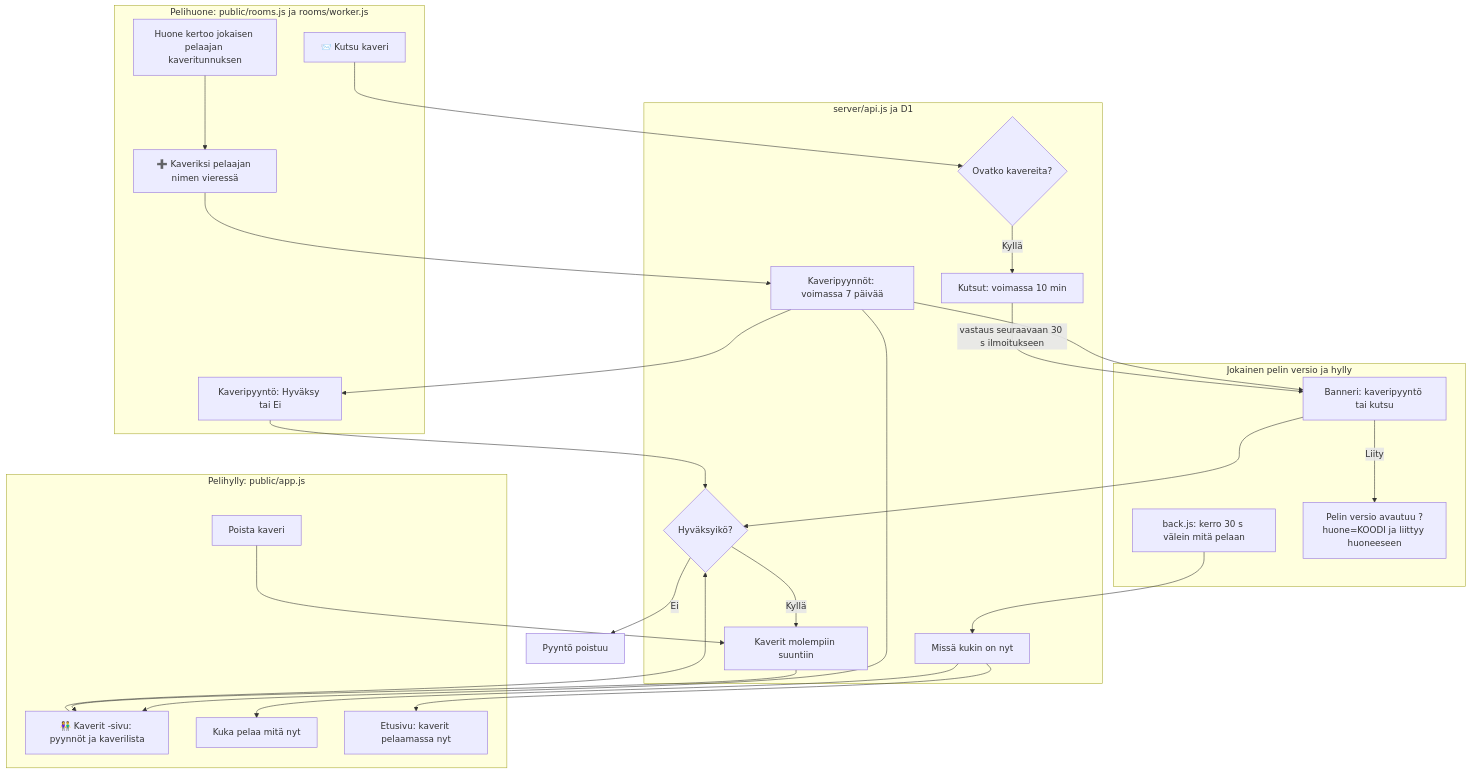
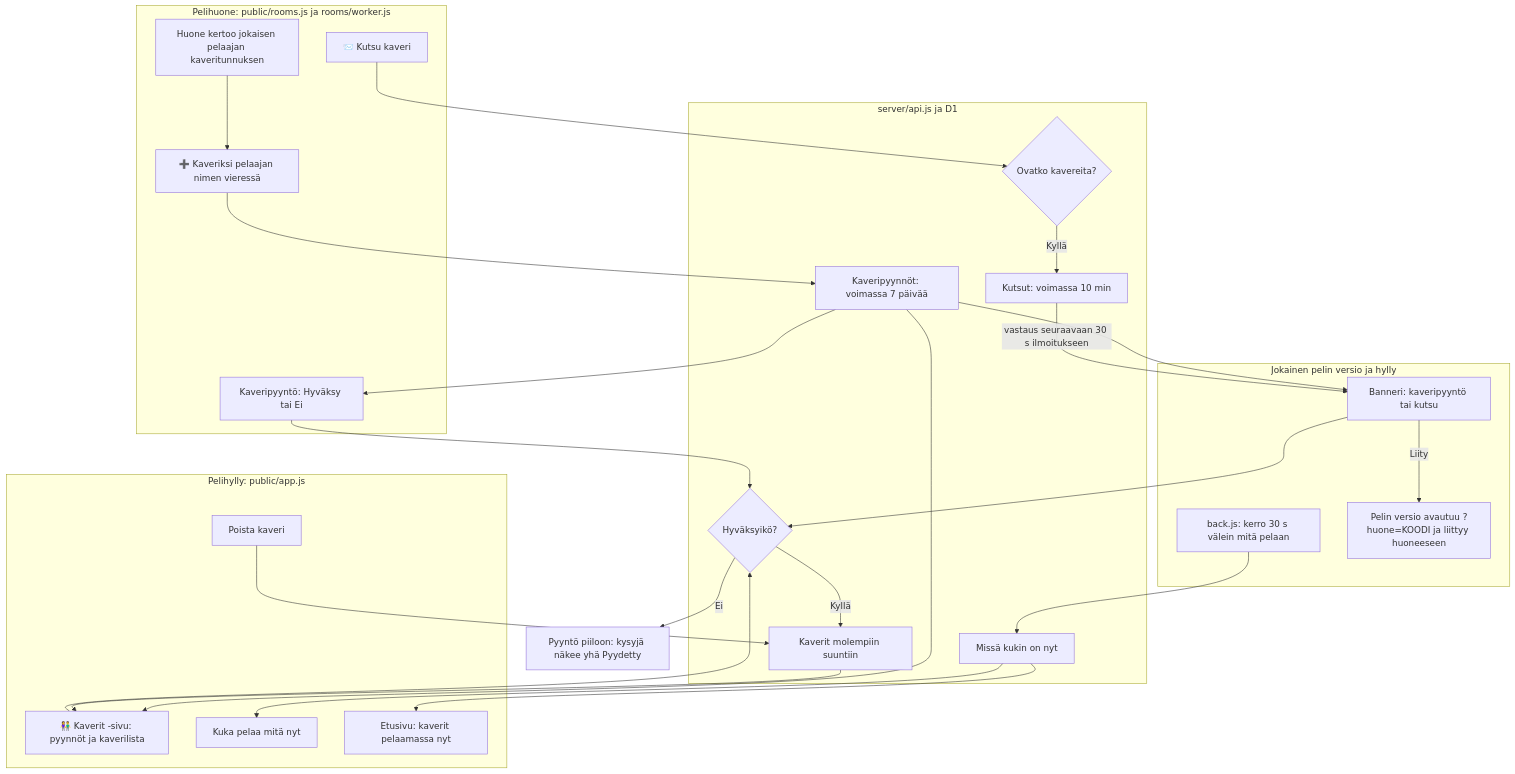
One commit to eerovil/ai-pelit changed the diagram in docs/diagrams/kaverit.md. Above: the diagram before and after it, drawn with Mermaid. The commit also changed other lines of this file and 6 other files, not shown here.

First line of the commit message:
Friends: a declined request stays quiet; diagrams and more tests (#324)

````diff
--- a/docs/diagrams/kaverit.md
+++ b/docs/diagrams/kaverit.md
@@ -9,52 +9,52 @@
 ```mermaid
 flowchart TD
   subgraph Huone[Pelihuone: public/rooms.js ja rooms/worker.js]
     R0[Huone kertoo jokaisen pelaajan kaveritunnuksen]
     R1[➕ Kaveriksi pelaajan nimen vieressä]
     R3[Kaveripyyntö: Hyväksy tai Ei]
     R4[📨 Kutsu kaveri]
   end
   subgraph Peli[Jokainen pelin versio ja hylly]
     B1[back.js: kerro 30 s välein mitä pelaan]
     B2[Banneri: kaveripyyntö tai kutsu]
     R2[Pelin versio avautuu ?huone=KOODI ja liittyy huoneeseen]
   end
   subgraph Hylly[Pelihylly: public/app.js]
     H1[👫 Kaverit -sivu: pyynnöt ja kaverilista]
     H6[Kuka pelaa mitä nyt]
     H7[Etusivu: kaverit pelaamassa nyt]
     H8[Poista kaveri]
   end
   subgraph Palvelin[server/api.js ja D1]
     S1[Kaveripyynnöt: voimassa 7 päivää]
     S2{Hyväksyikö?}
     S3[Kaverit molempiin suuntiin]
     S4[Missä kukin on nyt]
     S5{Ovatko kavereita?}
     S6[Kutsut: voimassa 10 min]
   end
   R0 --> R1
   R1 --> S1
   S1 --> R3
   S1 --> B2
   S1 --> H1
   R3 --> S2
   H1 --> S2
   B2 --> S2
   S2 -- Kyllä --> S3
-  S2 -- Ei --> S9[Pyyntö poistuu]
+  S2 -- Ei --> S9[Pyyntö piiloon: kysyjä näkee yhä Pyydetty]
   H8 --> S3
   B1 --> S4
   S3 --> H1
   S4 --> H6
   S4 --> H7
   R4 --> S5
   S5 -- Kyllä --> S6
   S6 -- vastaus seuraavaan 30 s ilmoitukseen --> B2
   B2 -- Liity --> R2
 
   class R1,R3,H8,S2 amber
   class B1,S4,H6,H7 teal
   class R4,S5,S6,B2,R2 violet
   class R0,S1,S3,H1,S9 blue
 ```
````
